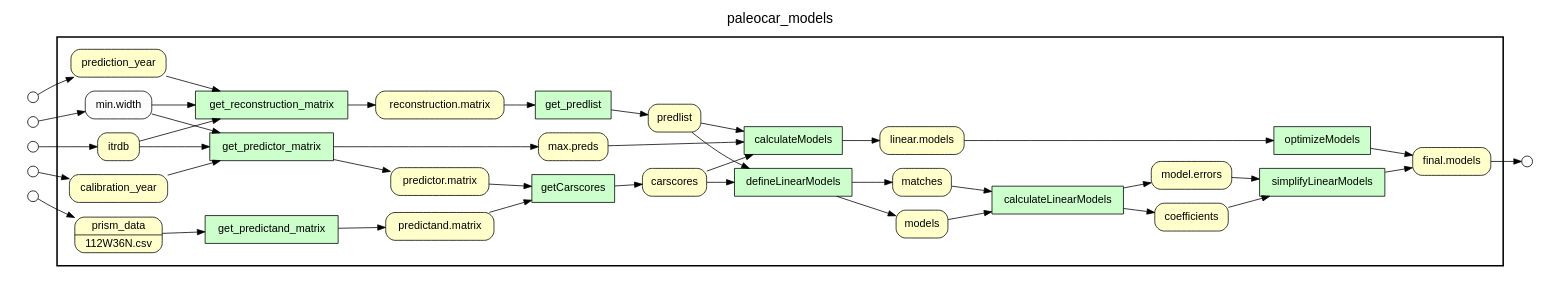
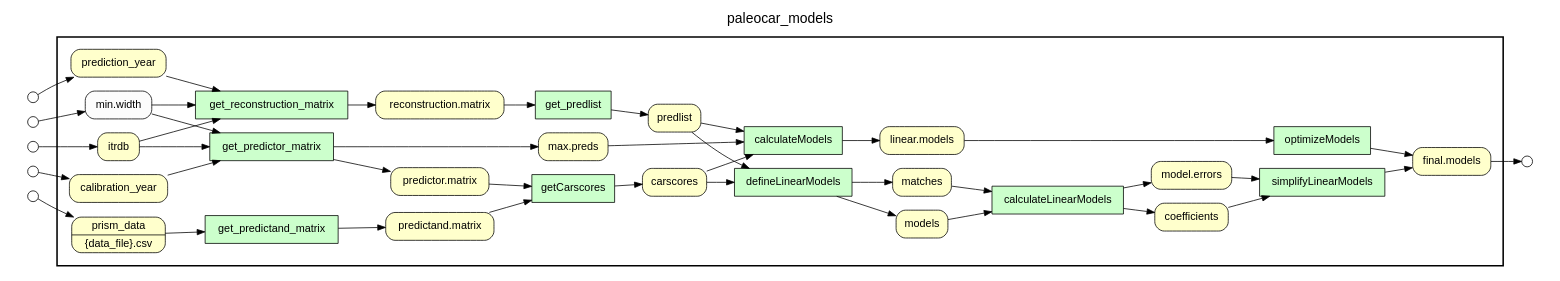
One commit to idaks/wt-prov-Summer-2017 changed the diagram in .prov_scripts/gv_files/paleocar_models_provenance.gv. Above: the diagram before and after it, drawn with Graphviz. The commit also changed 37 other files, not shown here.

```diff
--- a/.prov_scripts/gv_files/paleocar_models_provenance.gv
+++ b/.prov_scripts/gv_files/paleocar_models_provenance.gv
@@ -1,91 +1,91 @@
 digraph Workflow {
 rankdir=LR
 fontname=Helvetica; fontsize=18; labelloc=t
 label=paleocar_models
 subgraph cluster_workflow_box_outer { label=""; color=black; penwidth=2
 subgraph cluster_workflow_box_inner { label=""; penwidth=0
 node[shape=box style=filled fillcolor="#CCFFCC" peripheries=1 fontname=Helvetica]
 get_predictor_matrix
 get_reconstruction_matrix
 get_predlist
 get_predictand_matrix
 getCarscores
 calculateModels
 defineLinearModels
 calculateLinearModels
 simplifyLinearModels
 optimizeModels
 node[shape=box style="rounded,filled" fillcolor="#FFFFCC" peripheries=1 fontname=Helvetica]
 itrdb
 calibration_year
 prediction_year
 "reconstruction.matrix"
-prism_data [shape=record rankdir=LR label="{{<f0> prism_data |<f1> 112W36N.csv}}"];
+prism_data [shape=record rankdir=LR label="{{<f0> prism_data |<f1> \{data_file\}.csv}}"];
 "predictand.matrix"
 "predictor.matrix"
 predlist
 carscores
 "max.preds"
 models
 matches
 coefficients
 "model.errors"
 "linear.models"
 "final.models"
 node[shape=box style="rounded,filled" fillcolor="#FCFCFC" peripheries=1 fontname=Helvetica]
 "min.width"
 get_predictor_matrix -> "predictor.matrix"
 get_predictor_matrix -> "max.preds"
 itrdb -> get_predictor_matrix
 calibration_year -> get_predictor_matrix
 "min.width" -> get_predictor_matrix
 get_reconstruction_matrix -> "reconstruction.matrix"
 itrdb -> get_reconstruction_matrix
 prediction_year -> get_reconstruction_matrix
 "min.width" -> get_reconstruction_matrix
 get_predlist -> predlist
 "reconstruction.matrix" -> get_predlist
 get_predictand_matrix -> "predictand.matrix"
 prism_data -> get_predictand_matrix
 getCarscores -> carscores
 "predictand.matrix" -> getCarscores
 "predictor.matrix" -> getCarscores
 calculateModels -> "linear.models"
 predlist -> calculateModels
 carscores -> calculateModels
 "max.preds" -> calculateModels
 defineLinearModels -> models
 defineLinearModels -> matches
 predlist -> defineLinearModels
 carscores -> defineLinearModels
 calculateLinearModels -> coefficients
 calculateLinearModels -> "model.errors"
 models -> calculateLinearModels
 matches -> calculateLinearModels
 simplifyLinearModels -> "final.models"
 coefficients -> simplifyLinearModels
 "model.errors" -> simplifyLinearModels
 optimizeModels -> "final.models"
 "linear.models" -> optimizeModels
 }}
 subgraph cluster_input_ports_group_outer { label=""; penwidth=0
 subgraph cluster_input_ports_group_inner { label=""; penwidth=0
 node[shape=circle style="rounded,filled" fillcolor="#FFFFFF" peripheries=1 fontname=Helvetica width=0.2]
 itrdb_input_port [label=""]
 prism_data_input_port [label=""]
 calibration_year_input_port [label=""]
 prediction_year_input_port [label=""]
 "min.width_input_port" [label=""]
 }}
 subgraph cluster_output_ports_group_outer { label=""; penwidth=0
 subgraph cluster_output_ports_group_inner { label=""; penwidth=0
 node[shape=circle style="rounded,filled" fillcolor="#FFFFFF" peripheries=1 fontname=Helvetica width=0.2]
 "final.models_output_port" [label=""]
 }}
 itrdb_input_port -> itrdb
 prism_data_input_port -> prism_data
 calibration_year_input_port -> calibration_year
 prediction_year_input_port -> prediction_year
 "min.width_input_port" -> "min.width"
 "final.models" -> "final.models_output_port"
 }
```
